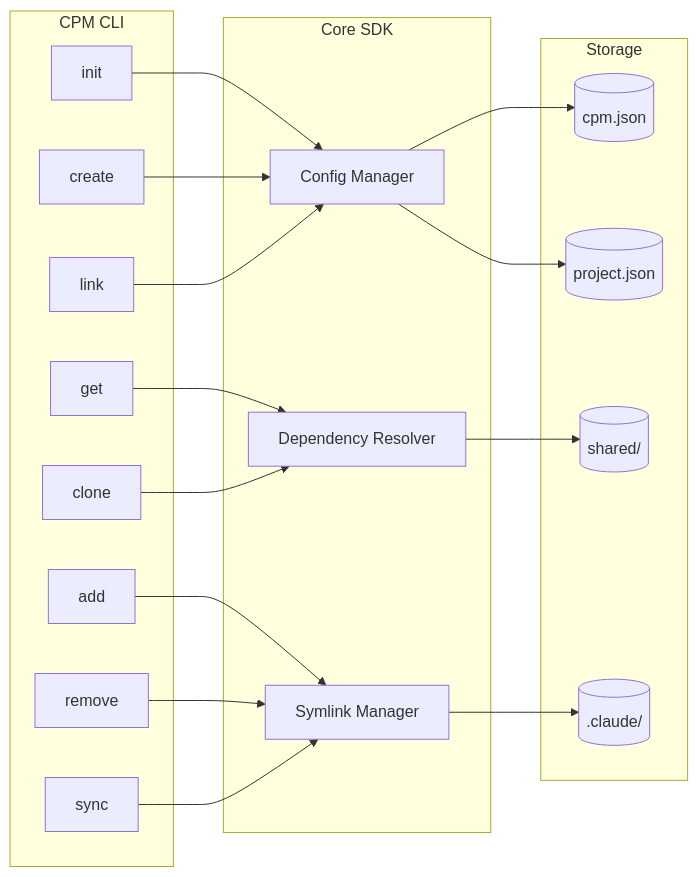
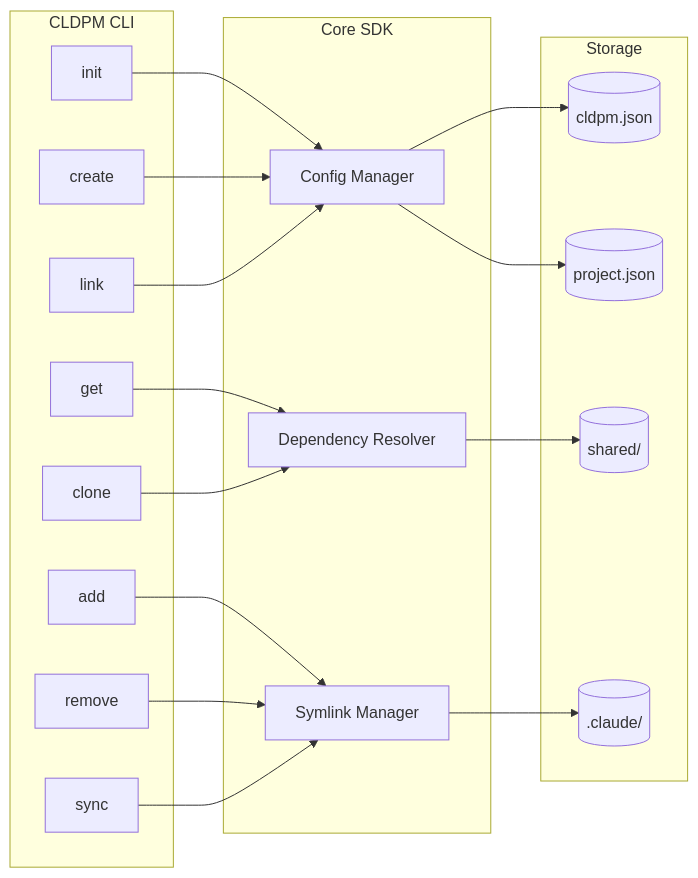
Before and after one commit to transilienceai/cldpm: the second of 5 diagrams in README.md, drawn with Mermaid. The commit also changed other lines of this file and 148 other files, not shown here.

Commit message:
chore: update the package name from cpm to cldpm

````diff
--- a/README.md
+++ b/README.md
@@ -87,40 +87,40 @@
 ```mermaid
 flowchart LR
-    subgraph "CPM CLI"
+    subgraph "CLDPM CLI"
         INIT[init]
         CREATE[create]
         ADD[add]
         REMOVE[remove]
         GET[get]
         SYNC[sync]
         CLONE[clone]
         LINK[link]
     end
 
     subgraph "Core SDK"
         CONFIG[Config Manager]
         RESOLVER[Dependency Resolver]
         LINKER[Symlink Manager]
     end
 
     subgraph "Storage"
-        CPMJSON[(cpm.json)]
+        CLDPMJSON[(cldpm.json)]
         PROJSON[(project.json)]
         SHARED[(shared/)]
         CLAUDE[(.claude/)]
     end
 
     INIT --> CONFIG
     CREATE --> CONFIG
     ADD --> LINKER
     REMOVE --> LINKER
     GET --> RESOLVER
     SYNC --> LINKER
     CLONE --> RESOLVER
     LINK --> CONFIG
 
-    CONFIG --> CPMJSON
+    CONFIG --> CLDPMJSON
     CONFIG --> PROJSON
     RESOLVER --> SHARED
     LINKER --> CLAUDE
 ```
````
